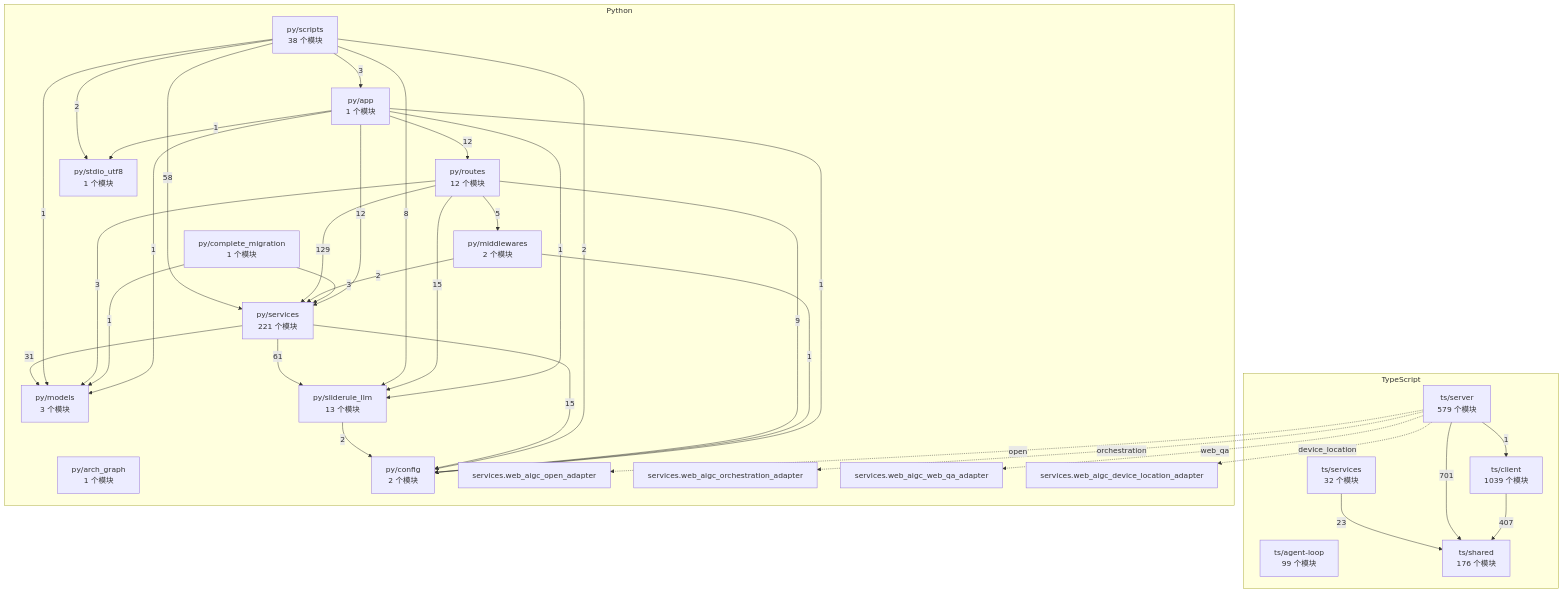
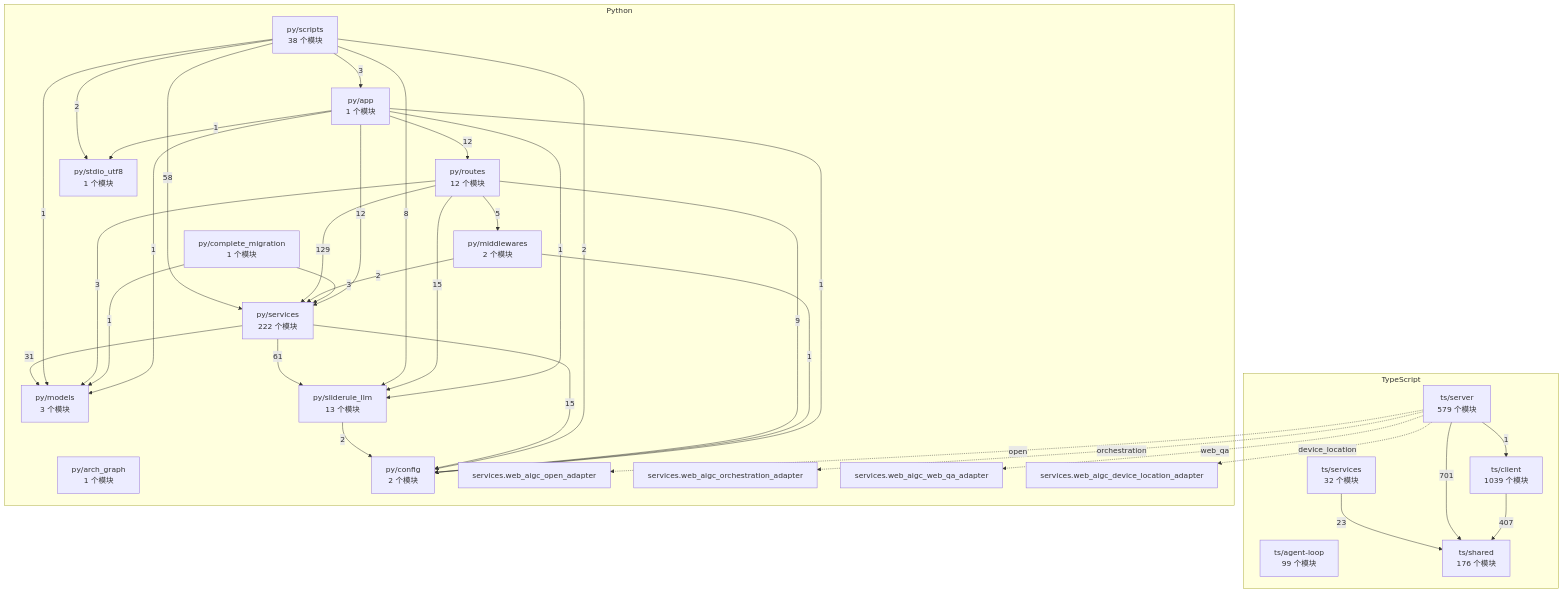
Before and after one commit to 2686521696/WhyBuddy: the diagram in docs/WhyBuddy 全仓架构图（自动生成）.md, drawn with Mermaid. The commit also changed 12 other files, not shown here.

````diff
--- a/docs/WhyBuddy 全仓架构图（自动生成）.md
+++ b/docs/WhyBuddy 全仓架构图（自动生成）.md
@@ -14,60 +14,60 @@
 ```mermaid
 flowchart TB
   subgraph ts [TypeScript]
     ts_agent_loop["ts/agent-loop<br/>99 个模块"]
     ts_client["ts/client<br/>1039 个模块"]
     ts_server["ts/server<br/>579 个模块"]
     ts_services["ts/services<br/>32 个模块"]
     ts_shared["ts/shared<br/>176 个模块"]
   end
   subgraph py [Python]
     py_app["py/app<br/>1 个模块"]
     py_arch_graph["py/arch_graph<br/>1 个模块"]
     py_complete_migration["py/complete_migration<br/>1 个模块"]
     py_config["py/config<br/>2 个模块"]
     py_middlewares["py/middlewares<br/>2 个模块"]
     py_models["py/models<br/>3 个模块"]
     py_routes["py/routes<br/>12 个模块"]
     py_scripts["py/scripts<br/>38 个模块"]
-    py_services["py/services<br/>221 个模块"]
+    py_services["py/services<br/>222 个模块"]
     py_sliderule_llm["py/sliderule_llm<br/>13 个模块"]
     py_stdio_utf8["py/stdio_utf8<br/>1 个模块"]
     py_services_web_aigc_open_adapter["services.web_aigc_open_adapter"]
     py_services_web_aigc_orchestration_adapter["services.web_aigc_orchestration_adapter"]
     py_services_web_aigc_web_qa_adapter["services.web_aigc_web_qa_adapter"]
     py_services_web_aigc_device_location_adapter["services.web_aigc_device_location_adapter"]
   end
   ts_client -->|407| ts_shared
   ts_server -->|1| ts_client
   ts_server -->|701| ts_shared
   ts_services -->|23| ts_shared
   py_app -->|1| py_config
   py_app -->|1| py_models
   py_app -->|12| py_routes
   py_app -->|12| py_services
   py_app -->|1| py_sliderule_llm
   py_app -->|1| py_stdio_utf8
   py_complete_migration -->|1| py_models
   py_complete_migration -->|3| py_services
   py_middlewares -->|1| py_config
   py_middlewares -->|2| py_services
   py_routes -->|9| py_config
   py_routes -->|5| py_middlewares
   py_routes -->|3| py_models
   py_routes -->|129| py_services
   py_routes -->|15| py_sliderule_llm
   py_scripts -->|3| py_app
   py_scripts -->|2| py_config
   py_scripts -->|1| py_models
   py_scripts -->|58| py_services
   py_scripts -->|8| py_sliderule_llm
   py_scripts -->|2| py_stdio_utf8
   py_services -->|15| py_config
   py_services -->|31| py_models
   py_services -->|61| py_sliderule_llm
   py_sliderule_llm -->|2| py_config
   ts_server -.->|open| py_services_web_aigc_open_adapter
   ts_server -.->|orchestration| py_services_web_aigc_orchestration_adapter
   ts_server -.->|web_qa| py_services_web_aigc_web_qa_adapter
   ts_server -.->|device_location| py_services_web_aigc_device_location_adapter
 ```
````
